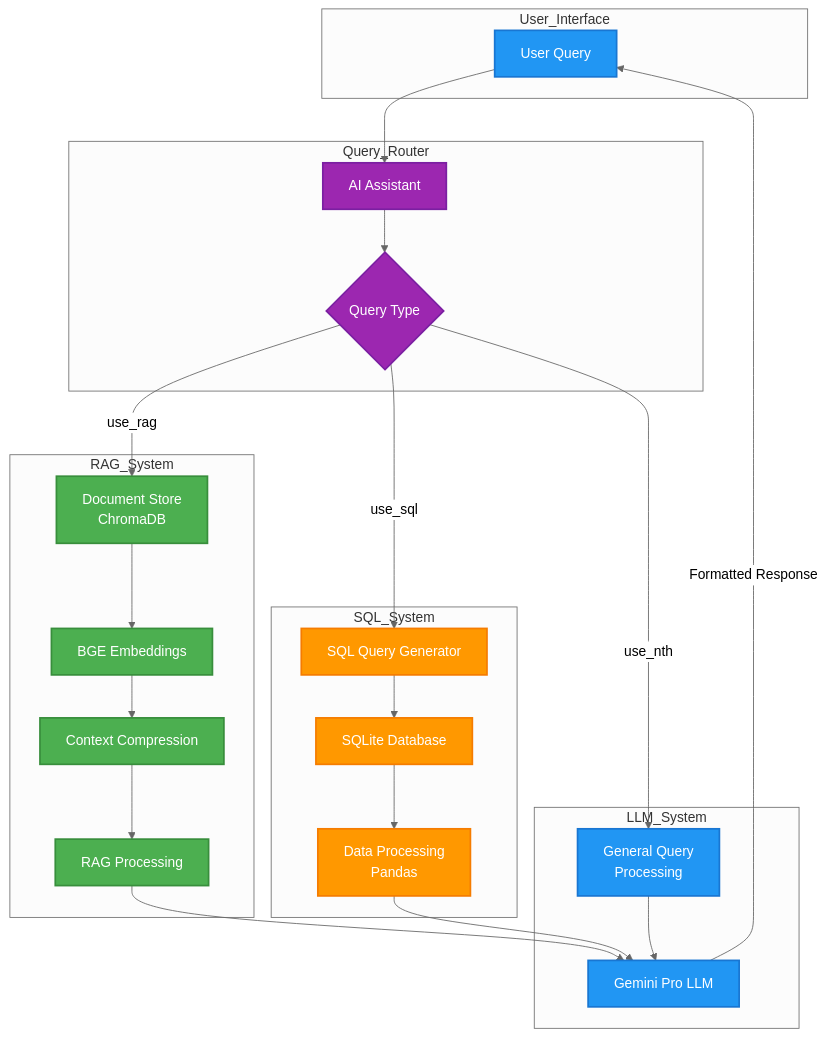
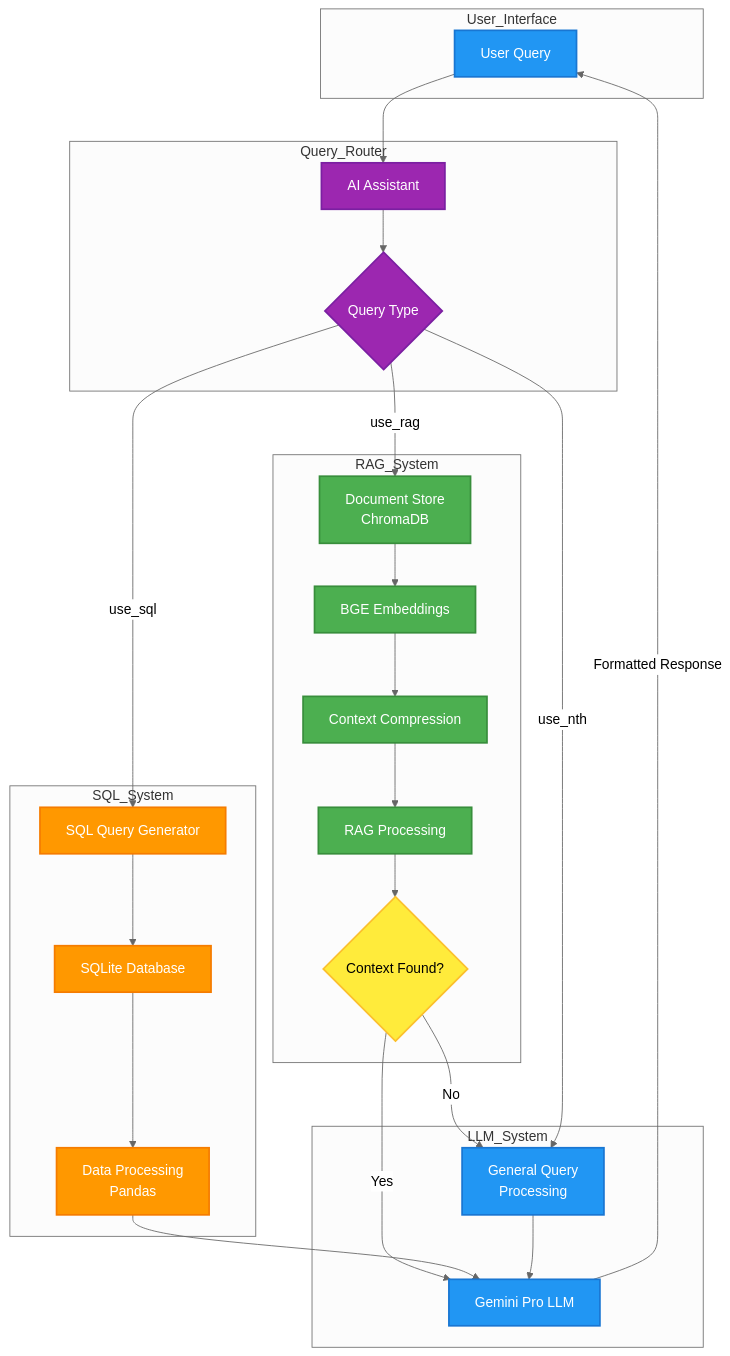
The diagram in README.md (Epein5/FlightBuddy_AgenticRAG), drawn with Mermaid (neutral theme) before and after one commit. The commit also changed other lines of this file, not shown here.

Commit message:
Updated Architecture Code

````diff
--- a/README.md
+++ b/README.md
@@ -19,65 +19,70 @@
 ```mermaid
 graph TB
     subgraph User_Interface
         A[User Query]
     end
 
     subgraph Query_Router
         B[AI Assistant]
         B1{Query Type}
     end
 
     subgraph RAG_System
         C1[Document Store\nChromaDB]
         C2[BGE Embeddings]
         C3[Context Compression]
         C4[RAG Processing]
+        C5{Context Found?}
     end
 
     subgraph SQL_System
         D1[SQLite Database]
         D2[SQL Query Generator]
         D3[Data Processing\nPandas]
     end
 
     subgraph LLM_System
         E1[Gemini Pro LLM]
         E2[General Query\nProcessing]
     end
 
     %% Main Flow
     A --> B
     B --> B1
     
     %% RAG Flow
     B1 -->|use_rag| C1
     C1 --> C2
     C2 --> C3
     C3 --> C4
-    C4 --> E1
+    C4 --> C5
+    C5 -->|Yes| E1
+    C5 -->|No| E2
     
     %% SQL Flow
     B1 -->|use_sql| D2
     D2 --> D1
     D1 --> D3
     D3 --> E1
     
     %% General Query Flow
     B1 -->|use_nth| E2
     E2 --> E1
     
     %% Response Flow
     E1 -->|Formatted Response| A
 
     %% Styling
     classDef primary fill:#2196F3,stroke:#1976D2,stroke-width:2px,color:white
     classDef secondary fill:#4CAF50,stroke:#388E3C,stroke-width:2px,color:white
     classDef tertiary fill:#FF9800,stroke:#F57C00,stroke-width:2px,color:white
     classDef router fill:#9C27B0,stroke:#7B1FA2,stroke-width:2px,color:white
+    classDef decision fill:#FFEB3B,stroke:#FBC02D,stroke-width:2px,color:black
     
     class A,E1 primary
     class B,B1 router
     class C1,C2,C3,C4 secondary
     class D1,D2,D3 tertiary
     class E2 primary
+    class C5 decision
 ```
````
